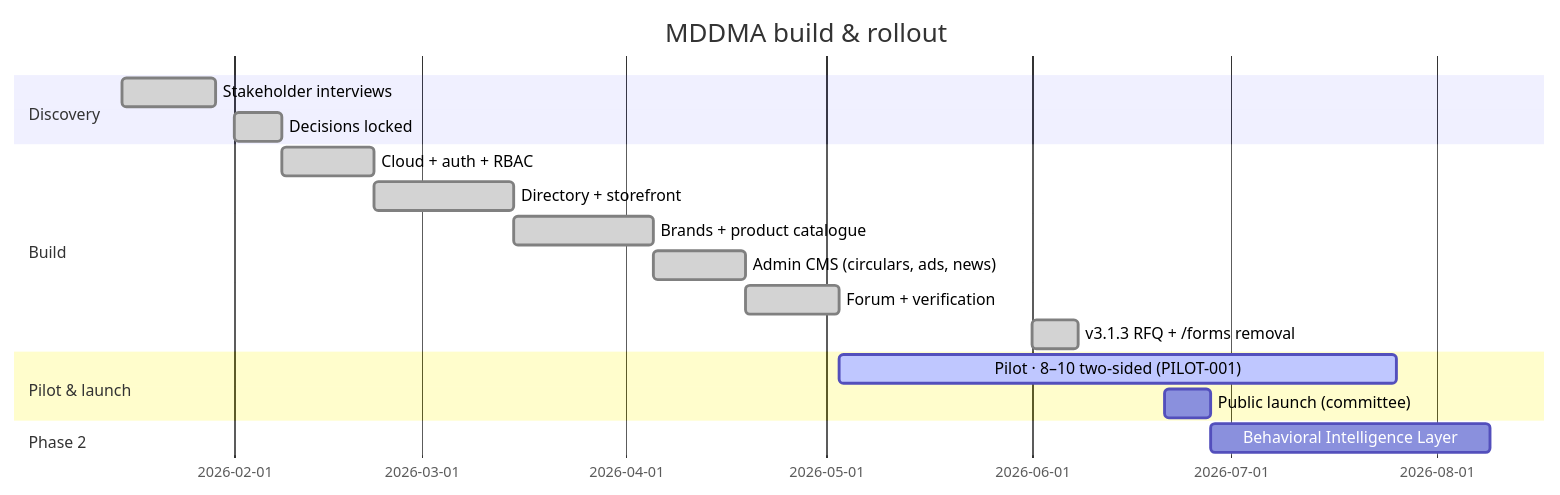
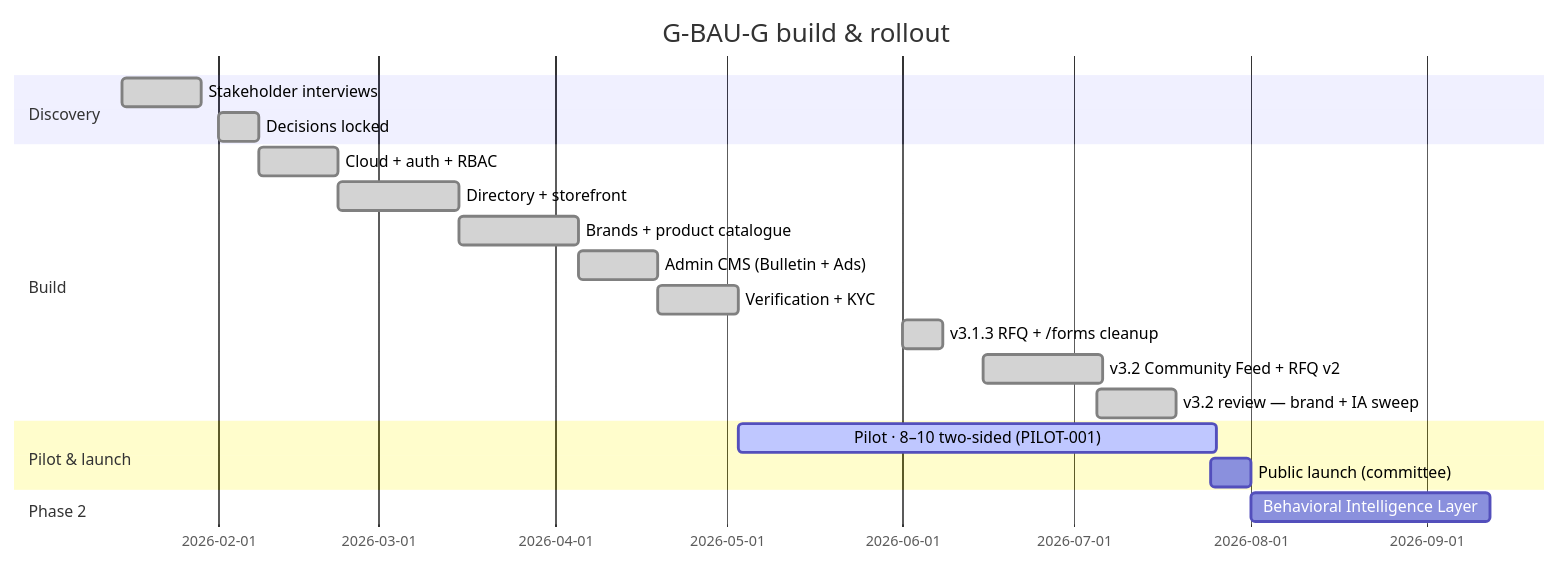
Before and after one commit to arka97/mddma-test: the second of 2 diagrams in src/content/docs/02-business-and-scope.md, drawn with Mermaid. The commit also changed other lines of this file and 7 other files, not shown here.

````diff
--- a/src/content/docs/02-business-and-scope.md
+++ b/src/content/docs/02-business-and-scope.md
@@ -46,20 +39,22 @@
 ```mermaid
 gantt
-  title MDDMA build & rollout
+  title G-BAU-G build & rollout
   dateFormat  YYYY-MM-DD
   section Discovery
-  Stakeholder interviews        :done, 2026-01-15, 2w
-  Decisions locked              :done, 2026-02-01, 1w
+  Stakeholder interviews         :done, 2026-01-15, 2w
+  Decisions locked               :done, 2026-02-01, 1w
   section Build
-  Cloud + auth + RBAC           :done, 2026-02-08, 2w
-  Directory + storefront        :done, 2026-02-22, 3w
-  Brands + product catalogue    :done, 2026-03-15, 3w
-  Admin CMS (circulars, ads, news) :done, 2026-04-05, 2w
-  Forum + verification          :done, 2026-04-19, 2w
-  v3.1.3 RFQ + /forms removal   :done, 2026-06-01, 1w
+  Cloud + auth + RBAC            :done, 2026-02-08, 2w
+  Directory + storefront         :done, 2026-02-22, 3w
+  Brands + product catalogue     :done, 2026-03-15, 3w
+  Admin CMS (Bulletin + Ads)     :done, 2026-04-05, 2w
+  Verification + KYC             :done, 2026-04-19, 2w
+  v3.1.3 RFQ + /forms cleanup    :done, 2026-06-01, 1w
+  v3.2 Community Feed + RFQ v2   :done, 2026-06-15, 3w
+  v3.2 review — brand + IA sweep :done, 2026-07-05, 2w
   section Pilot & launch
   Pilot · 8–10 two-sided (PILOT-001) :active, 2026-05-03, 12w
-  Public launch (committee)     : 2026-06-21, 1w
+  Public launch (committee)      : 2026-07-25, 1w
   section Phase 2
-  Behavioral Intelligence Layer : 2026-06-28, 6w
+  Behavioral Intelligence Layer  : 2026-08-01, 6w
 ```
````
